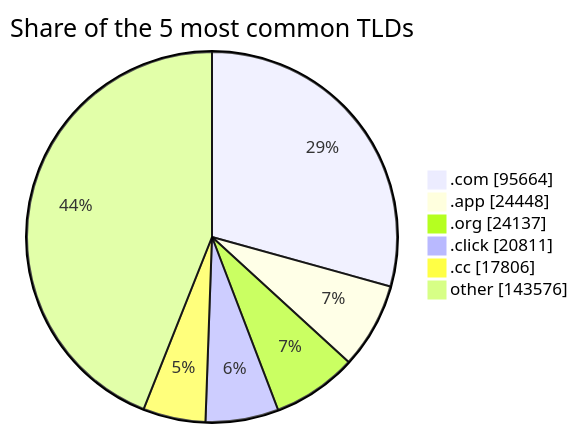
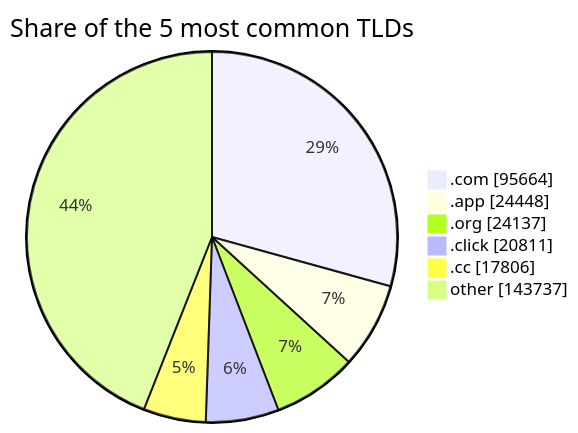
One commit to DNSBunker/CTI changed the third of 3 diagrams in README.md. Above: the diagram before and after it, drawn with Mermaid. The commit also changed other lines of this file and 4 other files, not shown here.

````diff
--- a/README.md
+++ b/README.md
@@ -81,9 +81,9 @@
 ```mermaid
 pie showData title Share of the 5 most common TLDs
     ".com" : 95664
     ".app" : 24448
     ".org" : 24137
     ".click" : 20811
     ".cc" : 17806
-    "other" : 143576
+    "other" : 143737
 ```
````
